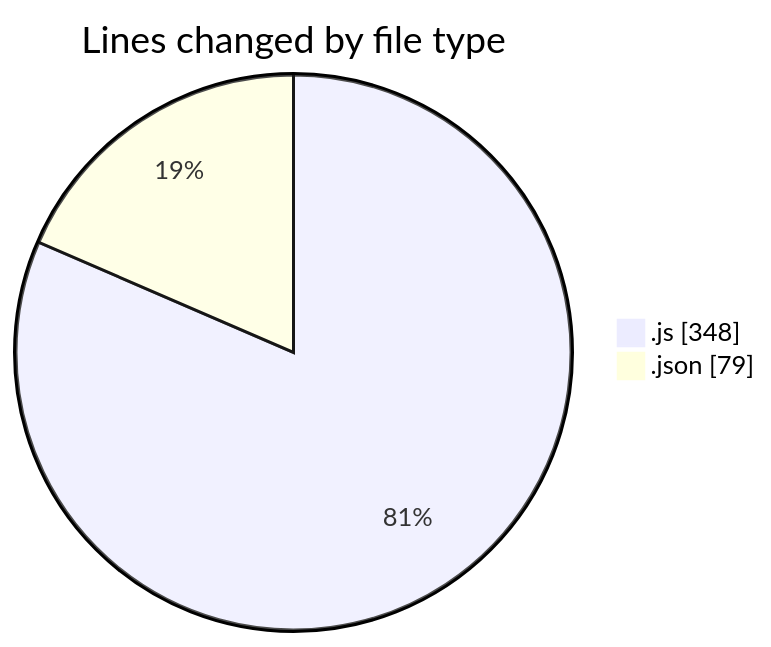
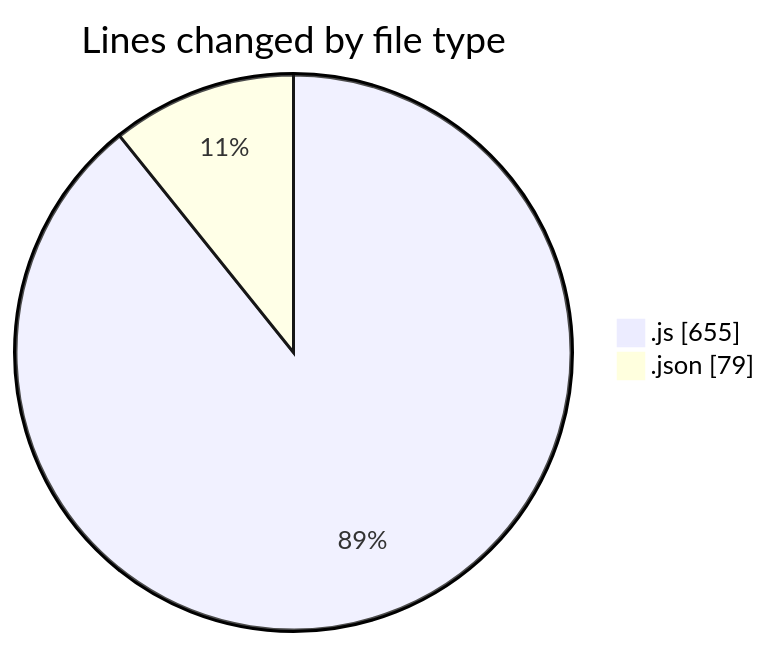
One commit to momahboobian/code-tracking changed the first of 2 diagrams in 2025-01-31/cda/README.md. Above: the diagram before and after it, drawn with Mermaid. The commit also changed other lines of this file and 1 other file, not shown here.

````diff
--- a/2025-01-31/cda/README.md
+++ b/2025-01-31/cda/README.md
@@ -25,6 +25,6 @@
 ```mermaid
 pie showData
 title Lines changed by file type
-".js" : 348
+".js" : 655
 ".json" : 79
 ```
````
